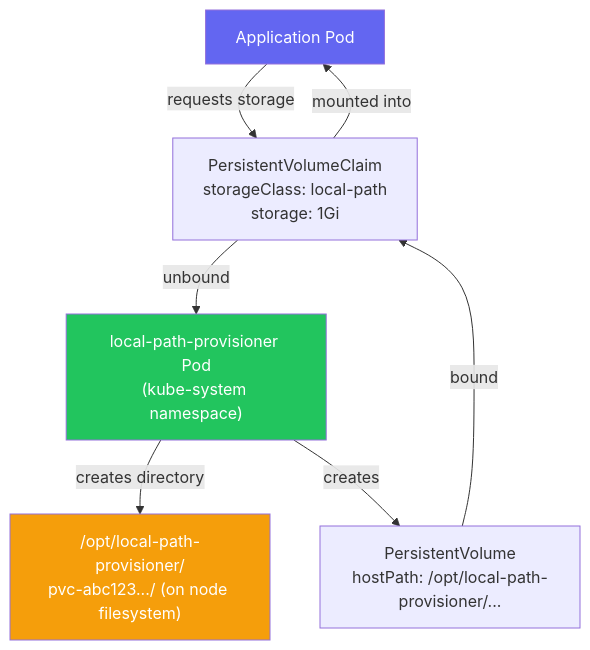
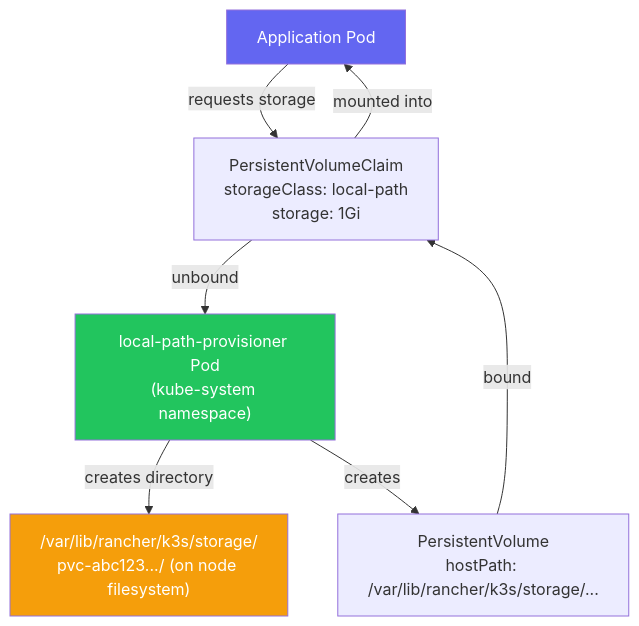
One commit to UncleJS/course_k3s changed the first of 5 diagrams in 05_storage/01_local_path_provisioner.md. Above: the diagram before and after it, drawn with Mermaid. The commit also changed other lines of this file and 74 other files, not shown here.

````diff
--- a/05_storage/01_local_path_provisioner.md
+++ b/05_storage/01_local_path_provisioner.md
@@ -34,13 +34,13 @@
 ```mermaid
 flowchart TD
     APP["Application Pod"] -->|"requests storage"| PVC["PersistentVolumeClaim<br/>storageClass: local-path<br/>storage: 1Gi"]
     PVC -->|"unbound"| PROV["local-path-provisioner Pod<br/>(kube-system namespace)"]
-    PROV -->|"creates directory"| DIR["/opt/local-path-provisioner/<br/>pvc-abc123.../ (on node filesystem)"]
-    PROV -->|"creates"| PV["PersistentVolume<br/>hostPath: /opt/local-path-provisioner/..."]
+    PROV -->|"creates directory"| DIR["/var/lib/rancher/k3s/storage/<br/>pvc-abc123.../ (on node filesystem)"]
+    PROV -->|"creates"| PV["PersistentVolume<br/>hostPath: /var/lib/rancher/k3s/storage/..."]
     PV -->|"bound"| PVC
     PVC -->|"mounted into"| APP
 
     style APP fill:#6366f1,color:#fff
     style DIR fill:#f59e0b,color:#fff
     style PROV fill:#22c55e,color:#fff
 ```
````
